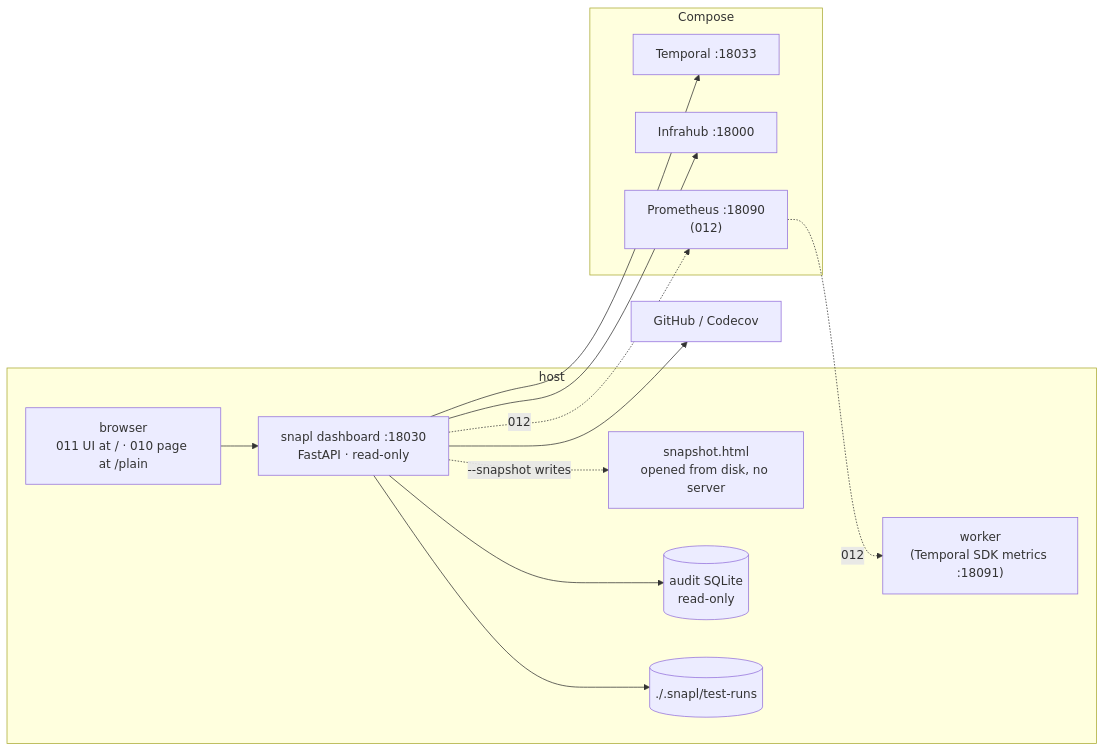
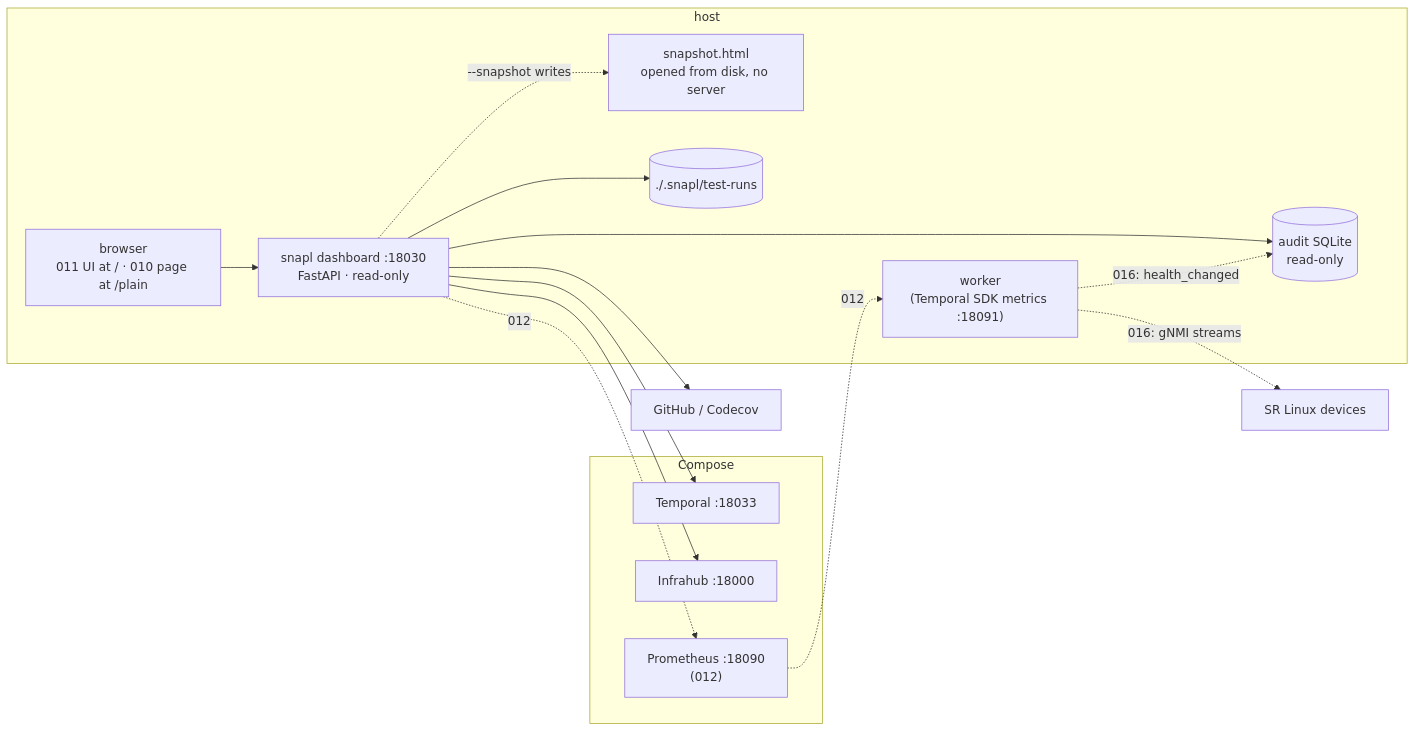
Before and after one commit to anton-tvrz/snapl: the diagram in dev/adr/0005-dashboard-and-metrics-stack.md, drawn with Mermaid. The commit also changed other lines of this file and 5 other files, not shown here.

````diff
--- a/dev/adr/0005-dashboard-and-metrics-stack.md
+++ b/dev/adr/0005-dashboard-and-metrics-stack.md
@@ -91,27 +103,29 @@
 ```mermaid
 flowchart LR
     subgraph host["host"]
         worker["worker<br/>(Temporal SDK metrics :18091)"]
         dash["snapl dashboard :18030<br/>FastAPI · read-only"]
         ui["browser<br/>011 UI at / · 010 page at /plain"]
         file["snapshot.html<br/>opened from disk, no server"]
         audit[("audit SQLite<br/>read-only")]
         runs[("./.snapl/test-runs")]
     end
     subgraph compose["Compose"]
         temporal["Temporal :18033"]
         infrahub["Infrahub :18000"]
         prom["Prometheus :18090<br/>(012)"]
     end
     gh["GitHub / Codecov"]
 
     ui --> dash
     dash -. "--snapshot writes" .-> file
     dash --> audit
     dash --> runs
     dash --> temporal
     dash --> infrahub
     dash --> gh
     dash -. 012 .-> prom
     prom -. 012 .-> worker
+    worker -. "016: gNMI streams" .-> lab["SR Linux devices"]
+    worker -. "016: health_changed" .-> audit
 ```
````
